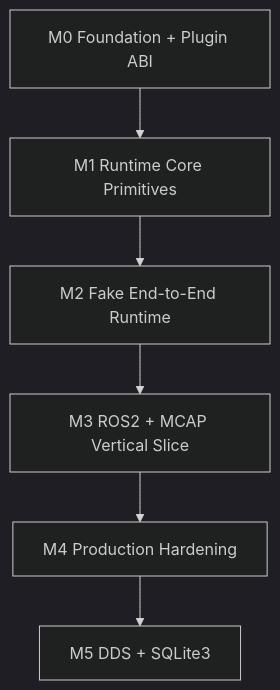
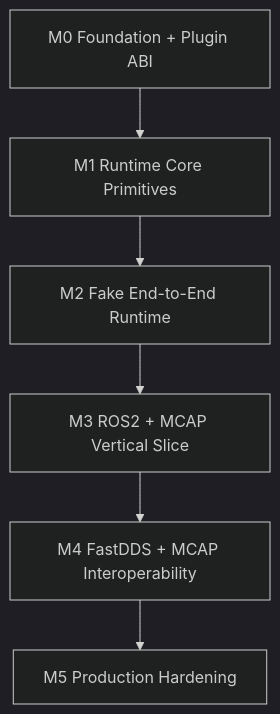
Diagram 13 of 13 in docs/design/rodaq_v1_system_design.md (SiYueY/rodaq), drawn with Mermaid (dark theme) before and after one commit. The commit also changed other lines of this file and 17 other files, not shown here.

Commit message:
docs: converge V1 acquisition and MCAP interoperability

````diff
--- a/docs/design/rodaq_v1_system_design.md
+++ b/docs/design/rodaq_v1_system_design.md
@@ -5315,11 +5427,11 @@
 ```mermaid
 flowchart TD
     M0["M0 Foundation + Plugin ABI"]
     M1["M1 Runtime Core Primitives"]
     M2["M2 Fake End-to-End Runtime"]
     M3["M3 ROS2 + MCAP Vertical Slice"]
-    M4["M4 Production Hardening"]
-    M5["M5 DDS + SQLite3"]
+    M4["M4 FastDDS + MCAP Interoperability"]
+    M5["M5 Production Hardening"]
 
     M0 --> M1 --> M2 --> M3 --> M4 --> M5
 ```
````
